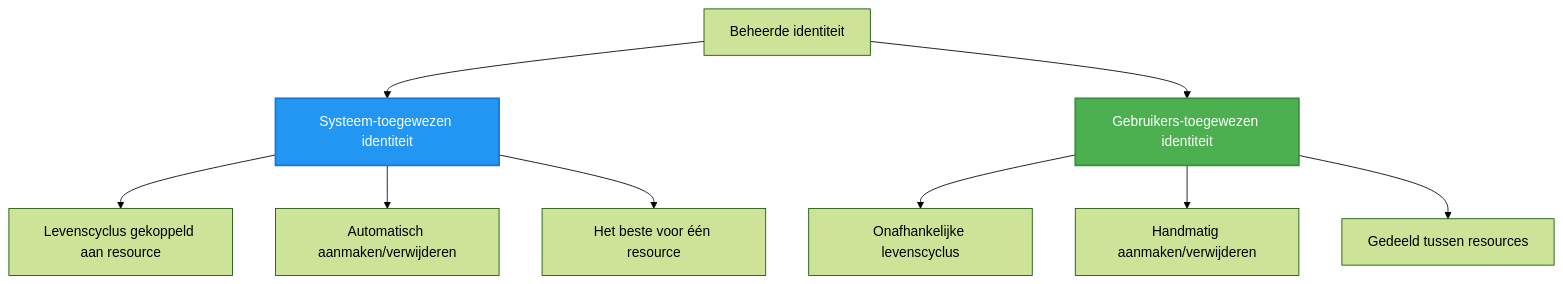
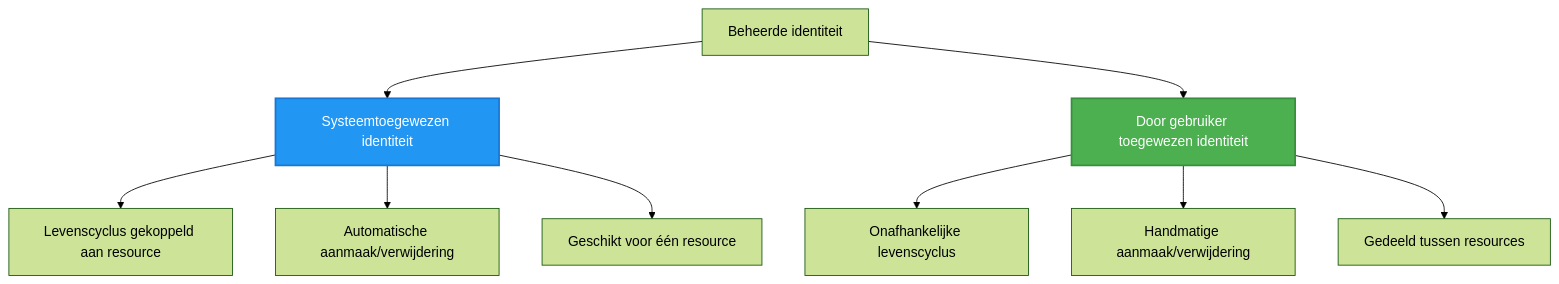
One commit to microsoft/AZD-for-beginners changed the second of 2 diagrams in translations/nl/docs/chapter-03-configuration/authsecurity.md. Above: the diagram before and after it, drawn with Mermaid (forest theme). The commit also changed other lines of this file and 104 other files, not shown here.

````diff
--- a/translations/nl/docs/chapter-03-configuration/authsecurity.md
+++ b/translations/nl/docs/chapter-03-configuration/authsecurity.md
@@ -97,20 +98,20 @@
 ```mermaid
 graph TB
     MI[Beheerde identiteit]
-    SystemAssigned[Systeem-toegewezen identiteit]
-    UserAssigned[Gebruikers-toegewezen identiteit]
+    SystemAssigned[Systeemtoegewezen identiteit]
+    UserAssigned[Door gebruiker toegewezen identiteit]
     
     MI --> SystemAssigned
     MI --> UserAssigned
     
     SystemAssigned --> SA1[Levenscyclus gekoppeld aan resource]
-    SystemAssigned --> SA2[Automatisch aanmaken/verwijderen]
-    SystemAssigned --> SA3[Het beste voor één resource]
+    SystemAssigned --> SA2[Automatische aanmaak/verwijdering]
+    SystemAssigned --> SA3[Geschikt voor één resource]
     
     UserAssigned --> UA1[Onafhankelijke levenscyclus]
-    UserAssigned --> UA2[Handmatig aanmaken/verwijderen]
+    UserAssigned --> UA2[Handmatige aanmaak/verwijdering]
     UserAssigned --> UA3[Gedeeld tussen resources]
     
     style SystemAssigned fill:#2196F3,stroke:#1976D2,stroke-width:2px,color:#fff
     style UserAssigned fill:#4CAF50,stroke:#388E3C,stroke-width:2px,color:#fff
 ```
````
